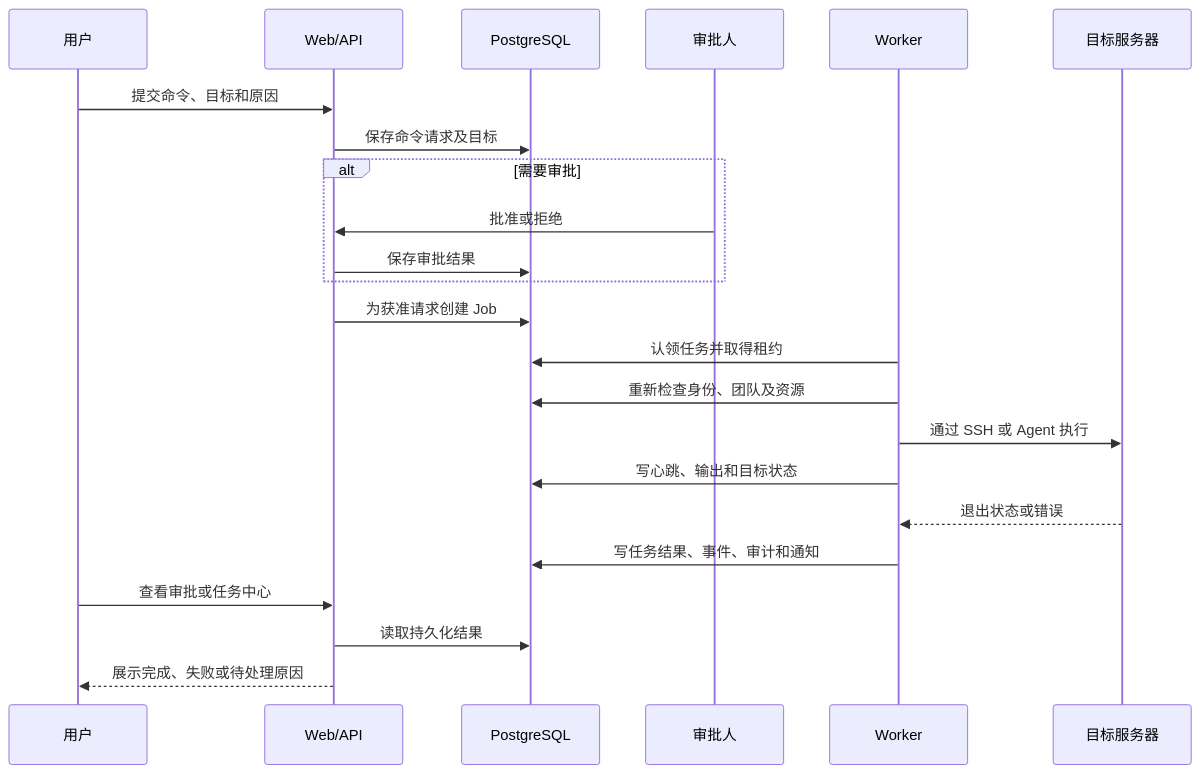
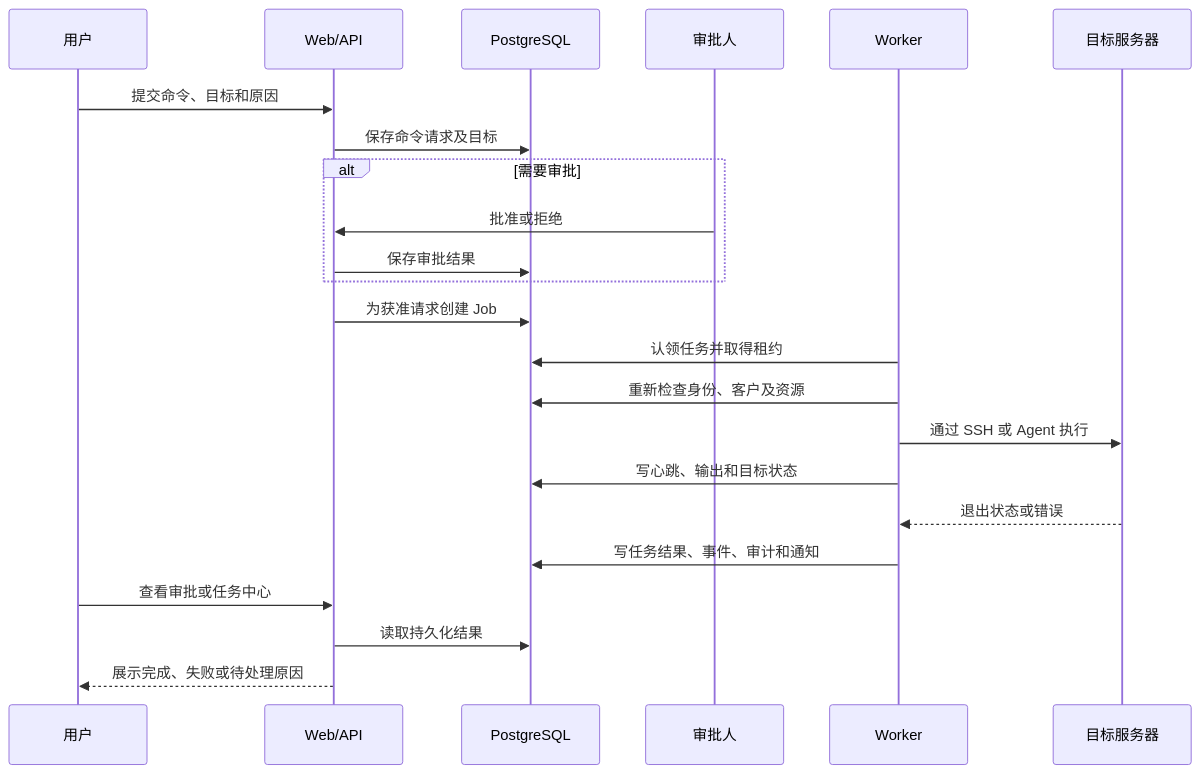
The second of 2 diagrams in docs/project-overview-and-user-guide.zh-CN.md (whrkhldsb-star/VControlHub), drawn with Mermaid before and after one commit. The commit also changed other lines of this file and 3 other files, not shown here.

````diff
--- a/docs/project-overview-and-user-guide.zh-CN.md
+++ b/docs/project-overview-and-user-guide.zh-CN.md
@@ -1606,25 +1624,25 @@
 ```mermaid
 sequenceDiagram
     participant U as 用户
     participant W as Web/API
     participant D as PostgreSQL
     participant A as 审批人
     participant K as Worker
     participant S as 目标服务器
     U->>W: 提交命令、目标和原因
     W->>D: 保存命令请求及目标
     alt 需要审批
         A->>W: 批准或拒绝
         W->>D: 保存审批结果
     end
     W->>D: 为获准请求创建 Job
     K->>D: 认领任务并取得租约
-    K->>D: 重新检查身份、团队及资源
+    K->>D: 重新检查身份、客户及资源
     K->>S: 通过 SSH 或 Agent 执行
     K->>D: 写心跳、输出和目标状态
     S-->>K: 退出状态或错误
     K->>D: 写任务结果、事件、审计和通知
     U->>W: 查看审批或任务中心
     W->>D: 读取持久化结果
     W-->>U: 展示完成、失败或待处理原因
 ```
````
